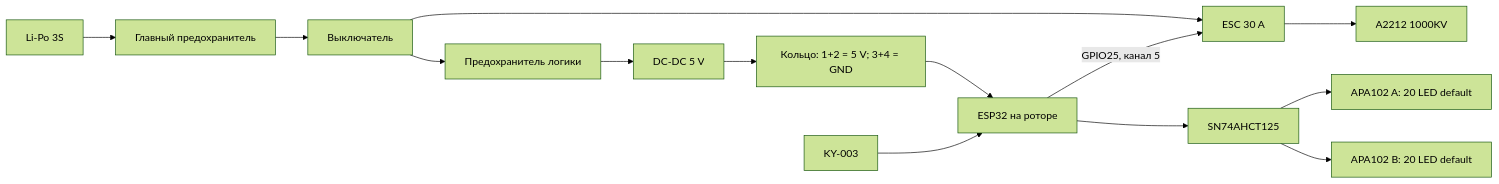
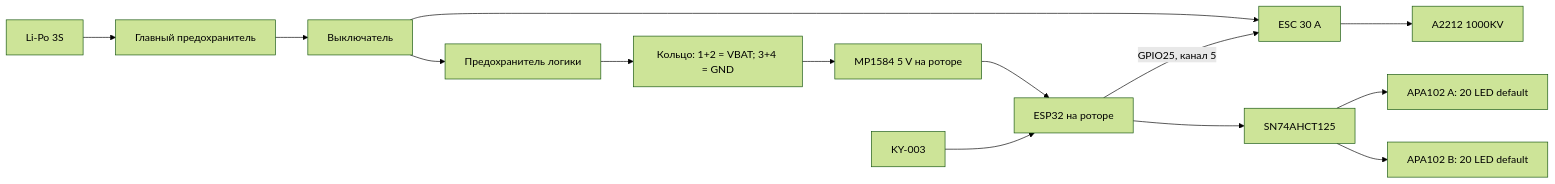
The diagram in docs/architecture-and-wiring.md (vuach/pov-display), drawn with Mermaid (forest theme) before and after one commit. The commit also changed other lines of this file and 35 other files, not shown here.

````diff
--- a/docs/architecture-and-wiring.md
+++ b/docs/architecture-and-wiring.md
@@ -7,16 +7,16 @@
 ```mermaid
 flowchart LR
   BAT[Li-Po 3S] --> F1[Главный предохранитель]
   F1 --> SW[Выключатель]
   SW --> ESC[ESC 30 A]
   ESC --> M[A2212 1000KV]
   SW --> F2[Предохранитель логики]
-  F2 --> BUCK[DC-DC 5 V]
-  BUCK --> SR[Кольцо: 1+2 = 5 V; 3+4 = GND]
-  SR --> ESP[ESP32 на роторе]
+  F2 --> SR[Кольцо: 1+2 = VBAT; 3+4 = GND]
+  SR --> BUCK[MP1584 5 V на роторе]
+  BUCK --> ESP[ESP32 на роторе]
   ESP --> BUF[SN74AHCT125]
   BUF --> A[APA102 A: 20 LED default]
   BUF --> B[APA102 B: 20 LED default]
   H[KY-003] --> ESP
   ESP -->|GPIO25, канал 5| ESC
 ```
````
